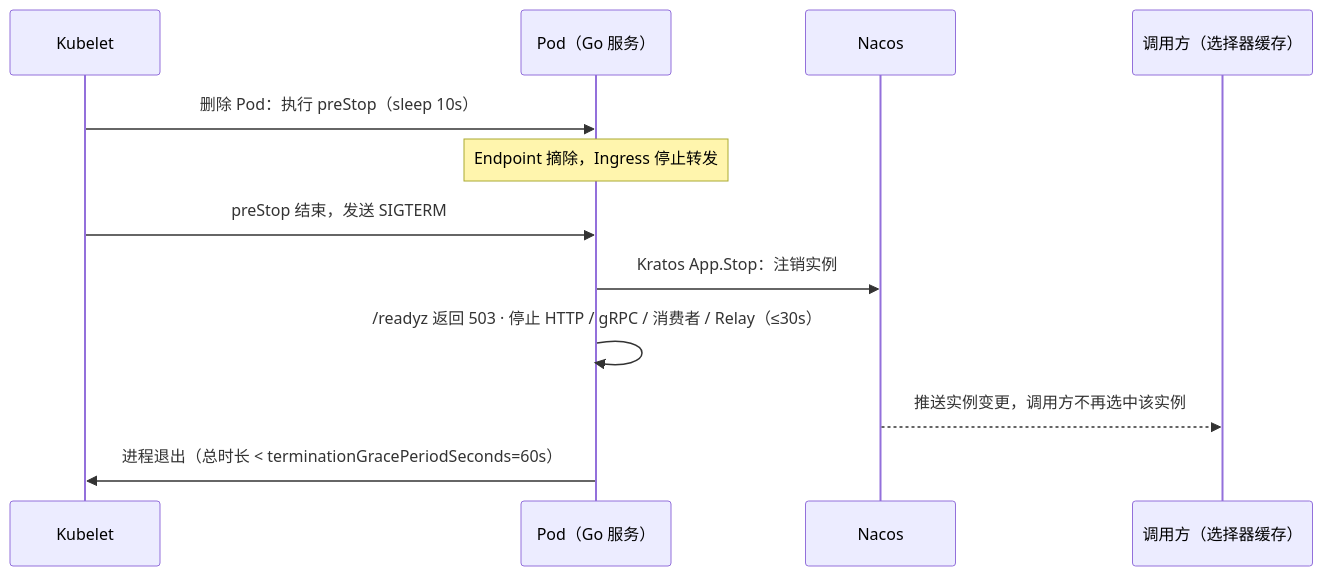
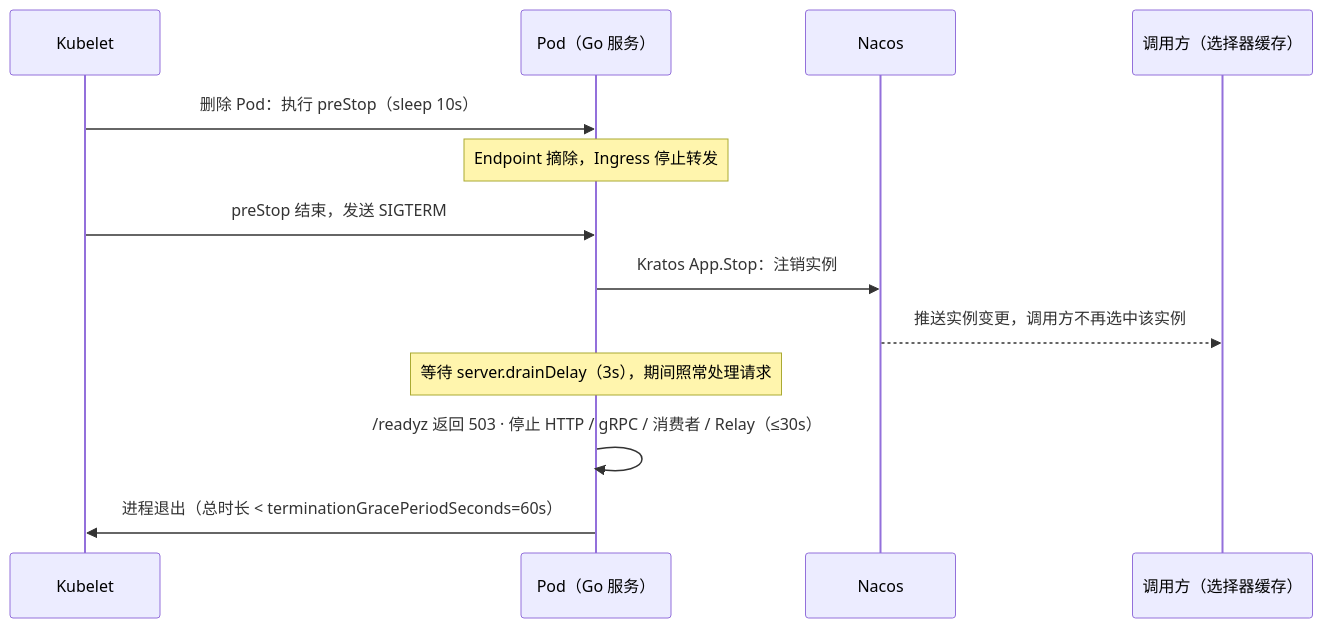
The first of 5 diagrams in docs-go/02-go-stack-in-practice.md (pmbdlw/architecture), drawn with Mermaid before and after one commit. The commit also changed other lines of this file and 18 other files, not shown here.

````diff
--- a/docs-go/02-go-stack-in-practice.md
+++ b/docs-go/02-go-stack-in-practice.md
@@ -108,14 +108,15 @@
 ```mermaid
 sequenceDiagram
     participant K as Kubelet
     participant P as Pod（Go 服务）
     participant N as Nacos
     participant C as 调用方（选择器缓存）
     K->>P: 删除 Pod：执行 preStop（sleep 10s）
     Note over P: Endpoint 摘除，Ingress 停止转发
     K->>P: preStop 结束，发送 SIGTERM
     P->>N: Kratos App.Stop：注销实例
+    N-->>C: 推送实例变更，调用方不再选中该实例
+    Note over P: 等待 server.drainDelay（3s），期间照常处理请求
     P->>P: /readyz 返回 503 · 停止 HTTP / gRPC / 消费者 / Relay（≤30s）
-    N-->>C: 推送实例变更，调用方不再选中该实例
     P->>K: 进程退出（总时长 < terminationGracePeriodSeconds=60s）
 ```
````
